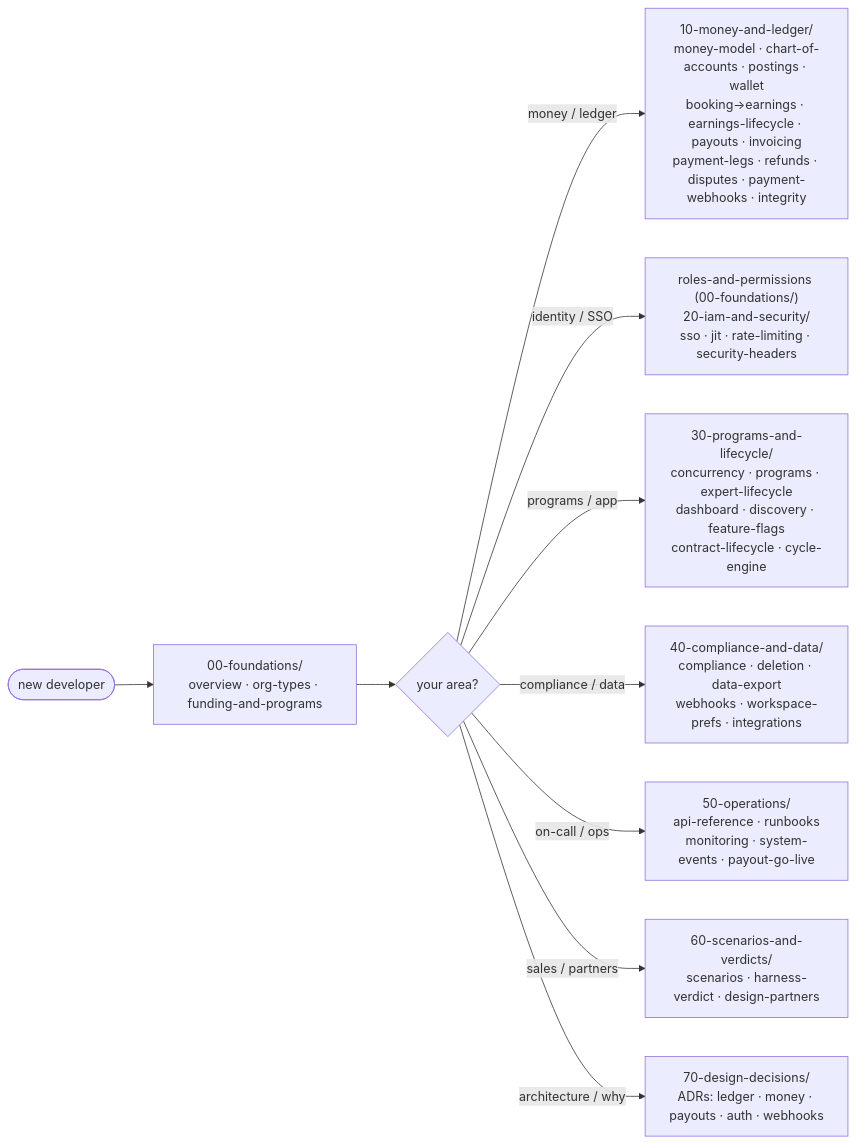
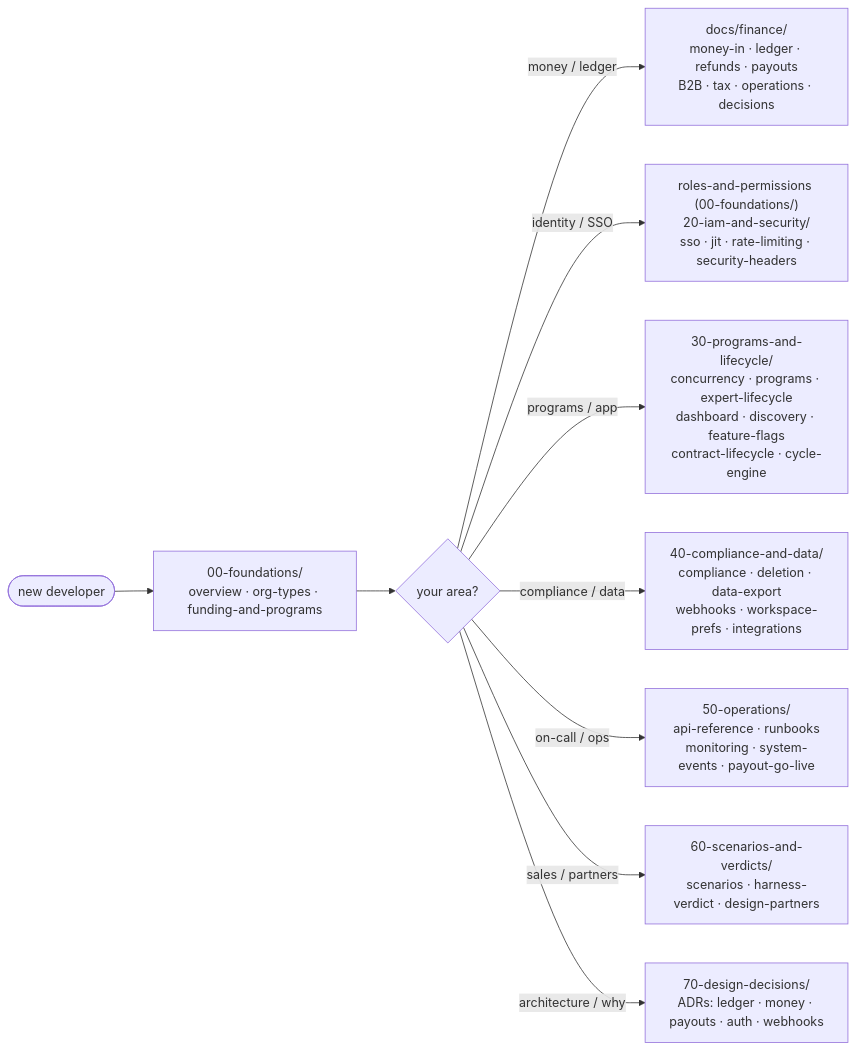
The diagram in docs/enterprise/README.md (Practitionist/familiarise_web), drawn with Mermaid before and after one commit. The commit also changed other lines of this file and 28 other files, not shown here.

First line of the commit message:
docs(finance): rewrite B2B and operations sections, finance index and decisions (package C)

````diff
--- a/docs/enterprise/README.md
+++ b/docs/enterprise/README.md
@@ -21,12 +21,12 @@
 ```mermaid
 flowchart LR
   START([new developer]) --> OV["00-foundations/<br/>overview · org-types · funding-and-programs"]
   OV --> PATH{your area?}
-  PATH -->|money / ledger| MONEY["10-money-and-ledger/<br/>money-model · chart-of-accounts · postings · wallet<br/>booking→earnings · earnings-lifecycle · payouts · invoicing<br/>payment-legs · refunds · disputes · payment-webhooks · integrity"]
+  PATH -->|money / ledger| MONEY["docs/finance/<br/>money-in · ledger · refunds · payouts<br/>B2B · tax · operations · decisions"]
   PATH -->|identity / SSO| IAM["roles-and-permissions (00-foundations/)<br/>20-iam-and-security/<br/>sso · jit · rate-limiting · security-headers"]
   PATH -->|programs / app| PROG["30-programs-and-lifecycle/<br/>concurrency · programs · expert-lifecycle<br/>dashboard · discovery · feature-flags<br/>contract-lifecycle · cycle-engine"]
   PATH -->|compliance / data| COMP["40-compliance-and-data/<br/>compliance · deletion · data-export<br/>webhooks · workspace-prefs · integrations"]
   PATH -->|on-call / ops| OPS["50-operations/<br/>api-reference · runbooks<br/>monitoring · system-events · payout-go-live"]
   PATH -->|sales / partners| SALES["60-scenarios-and-verdicts/<br/>scenarios · harness-verdict · design-partners"]
   PATH -->|architecture / why| ADR["70-design-decisions/<br/>ADRs: ledger · money · payouts · auth · webhooks"]
 ```
````
